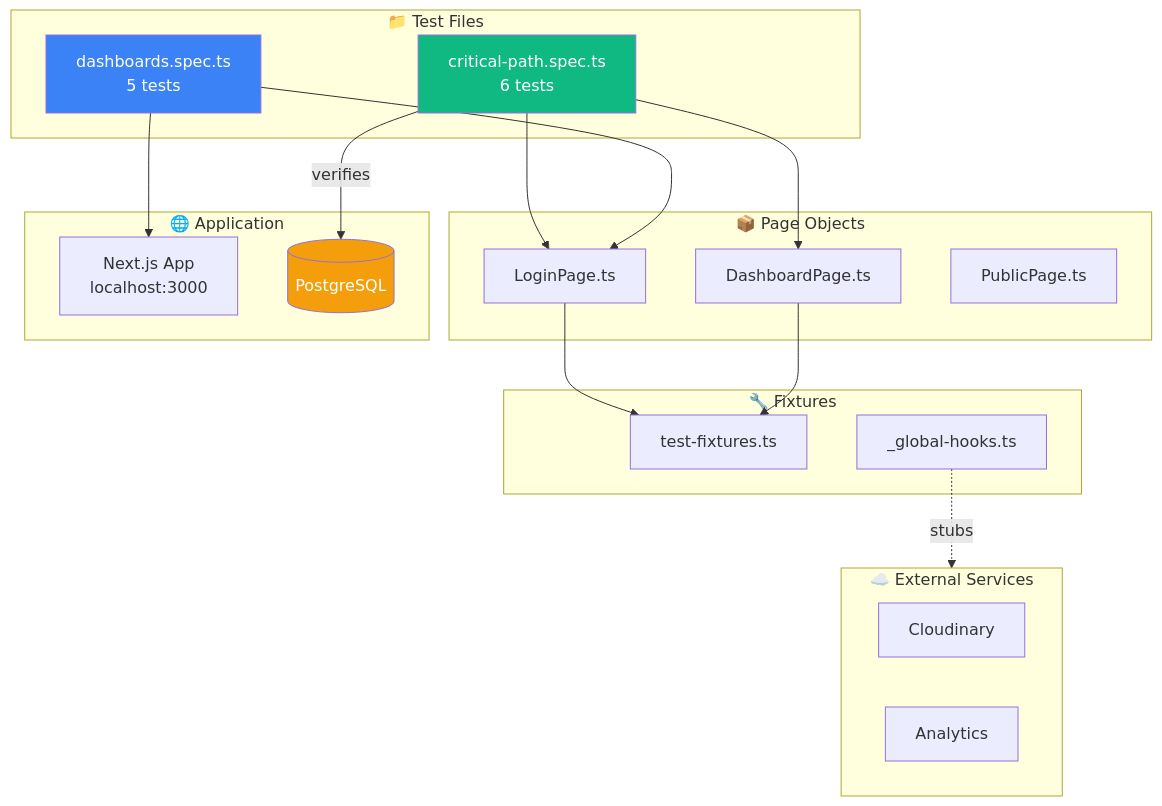
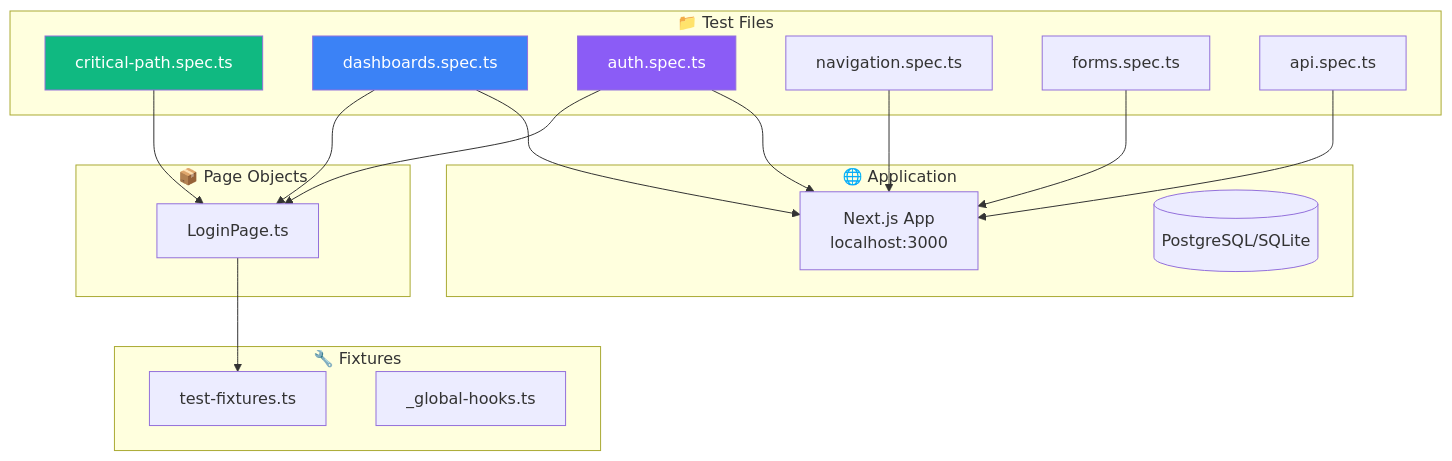
The second of 2 diagrams in docs/TESTING.md (blackjac7/website-school-smpipyakin), drawn with Mermaid before and after one commit. The commit also changed other lines of this file and 3 other files, not shown here.

````diff
--- a/docs/TESTING.md
+++ b/docs/TESTING.md
@@ -92,44 +72,40 @@
 ```mermaid
 flowchart TB
     subgraph TestFiles["📁 Test Files"]
-        CP[critical-path.spec.ts<br/>6 tests]
-        DS[dashboards.spec.ts<br/>5 tests]
+        CP[critical-path.spec.ts]
+        DS[dashboards.spec.ts]
+        AS[auth.spec.ts]
+        NS[navigation.spec.ts]
+        FS[forms.spec.ts]
+        Api[api.spec.ts]
     end
 
     subgraph PageObjects["📦 Page Objects"]
         LP[LoginPage.ts]
-        DP[DashboardPage.ts]
-        PP[PublicPage.ts]
     end
 
     subgraph Fixtures["🔧 Fixtures"]
         TF[test-fixtures.ts]
         GH[_global-hooks.ts]
     end
 
     subgraph Application["🌐 Application"]
         APP[Next.js App<br/>localhost:3000]
-        DB[(PostgreSQL)]
-    end
-
-    subgraph External["☁️ External Services"]
-        Cloudinary[Cloudinary]
-        Analytics[Analytics]
+        DB[(PostgreSQL/SQLite)]
     end
 
     CP --> LP
-    CP --> DP
+    AS --> LP
     DS --> LP
+    LP --> TF
 
-    LP --> TF
-    DP --> TF
-
-    GH -.->|stubs| External
-
-    CP -->|verifies| DB
     DS --> APP
+    AS --> APP
+    NS --> APP
+    FS --> APP
+    Api --> APP
 
     style CP fill:#10b981,color:#fff
     style DS fill:#3b82f6,color:#fff
-    style DB fill:#f59e0b,color:#fff
+    style AS fill:#8b5cf6,color:#fff
 ```
````
